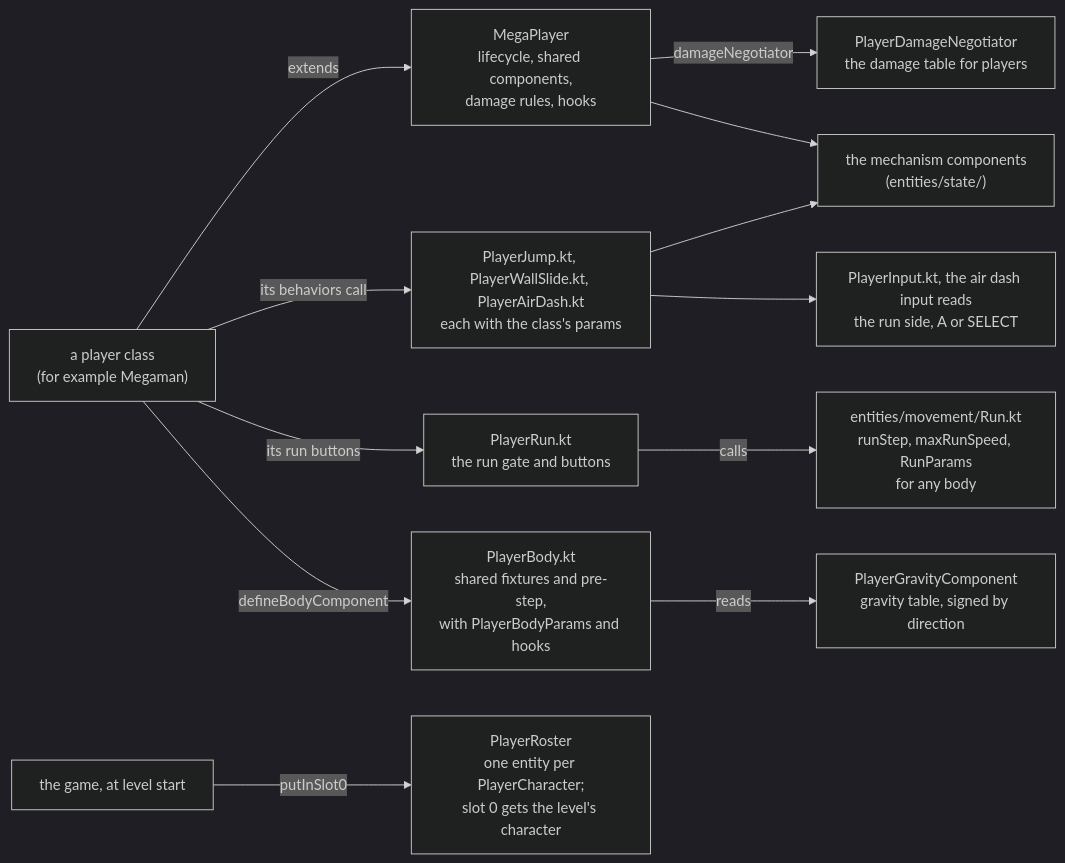
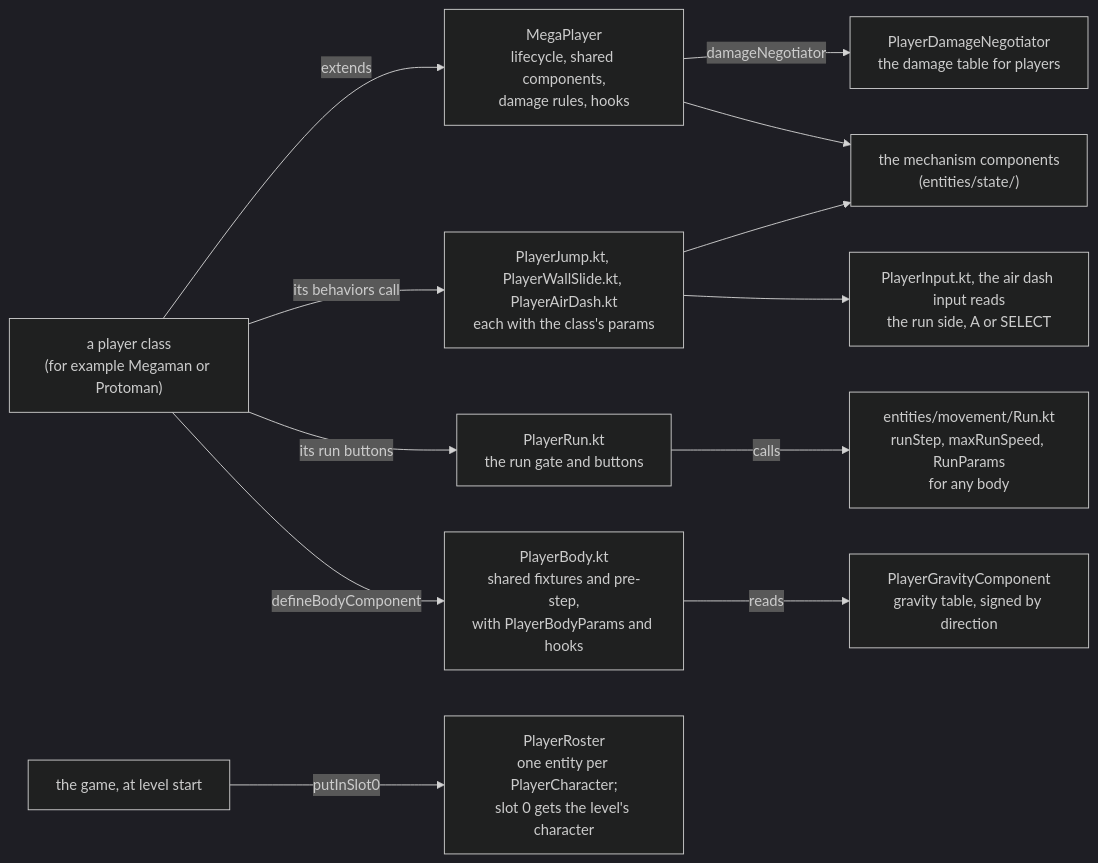
Before and after one commit to JohnLavender474/Megaman-Maverick: the first of 2 diagrams in core/src/main/kotlin/com/megaman/maverick/game/players/README.md, drawn with Mermaid (dark theme). The commit also changed other lines of this file and 49 other files, not shown here.

````diff
--- a/core/src/main/kotlin/com/megaman/maverick/game/players/README.md
+++ b/core/src/main/kotlin/com/megaman/maverick/game/players/README.md
@@ -28,14 +32,14 @@
 ```mermaid
 flowchart LR
-    Class["a player class<br/>(for example Megaman)"] -- "extends" --> Base["MegaPlayer<br/>lifecycle, shared components,<br/>damage rules, hooks"]
+    Class["a player class<br/>(for example Megaman or Protoman)"] -- "extends" --> Base["MegaPlayer<br/>lifecycle, shared components,<br/>damage rules, hooks"]
     Base -- "damageNegotiator" --> Negotiator["PlayerDamageNegotiator<br/>the damage table for players"]
     Class -- "its behaviors call" --> Moves["PlayerJump.kt, PlayerWallSlide.kt, PlayerAirDash.kt<br/>each with the class's params"]
     Class -- "its run buttons" --> Run["PlayerRun.kt<br/>the run gate and buttons"]
     Run -- "calls" --> Step["entities/movement/Run.kt<br/>runStep, maxRunSpeed, RunParams<br/>for any body"]
     Class -- "defineBodyComponent" --> Body["PlayerBody.kt<br/>shared fixtures and pre-step,<br/>with PlayerBodyParams and hooks"]
     Body -- "reads" --> Gravity["PlayerGravityComponent<br/>gravity table, signed by direction"]
     Moves --> Input["PlayerInput.kt, the air dash input reads<br/>the run side, A or SELECT"]
     Game["the game, at level start"] -- "putInSlot0" --> Roster["PlayerRoster<br/>one entity per PlayerCharacter;<br/>slot 0 gets the level's character"]
     Base --> State["the mechanism components<br/>(entities/state/)"]
     Moves --> State
 ```
````
